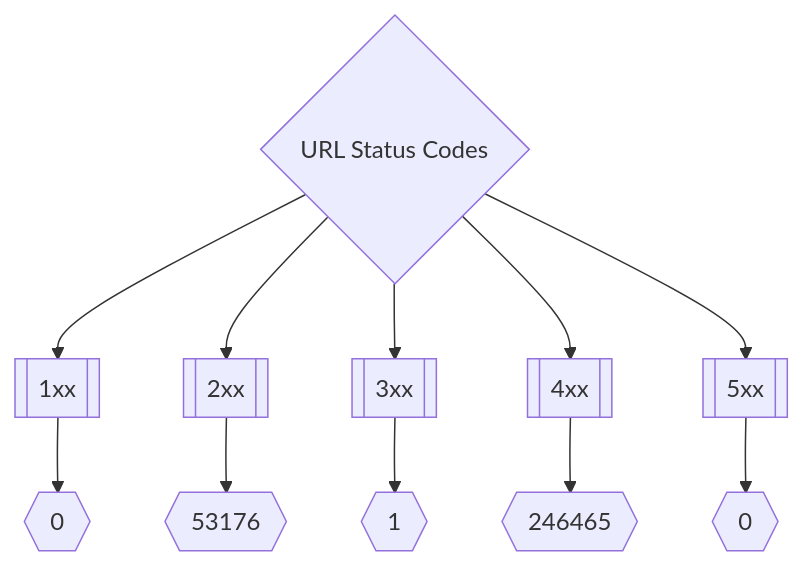
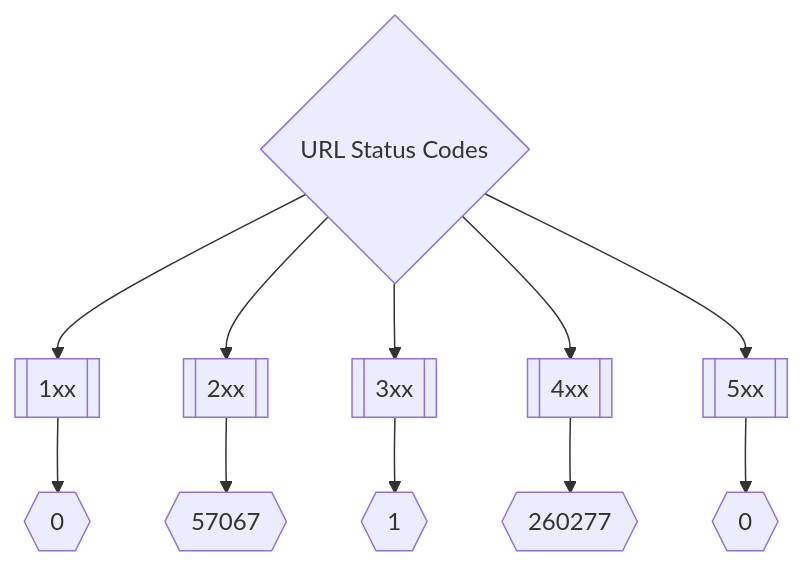
Before and after one commit to trickest/inventory: the second of 3 diagrams in README.md, drawn with Mermaid. The commit also changed other lines of this file and 112 other files, not shown here.

````diff
--- a/README.md
+++ b/README.md
@@ -173,8 +173,8 @@
 ```mermaid
 graph TD
 title{URL Status Codes} --> 1xx[[1xx]] --> status1xxNum{{0}}
-title --> 2xx[[2xx]] --> status2xxNum{{53176}}
+title --> 2xx[[2xx]] --> status2xxNum{{57067}}
 title --> 3xx[[3xx]] --> status3xxNum{{1}}
-title --> 4xx[[4xx]] --> status4xxNum{{246465}}
+title --> 4xx[[4xx]] --> status4xxNum{{260277}}
 title --> 5xx[[5xx]] --> status5xxNum{{0}}
 ```
````
